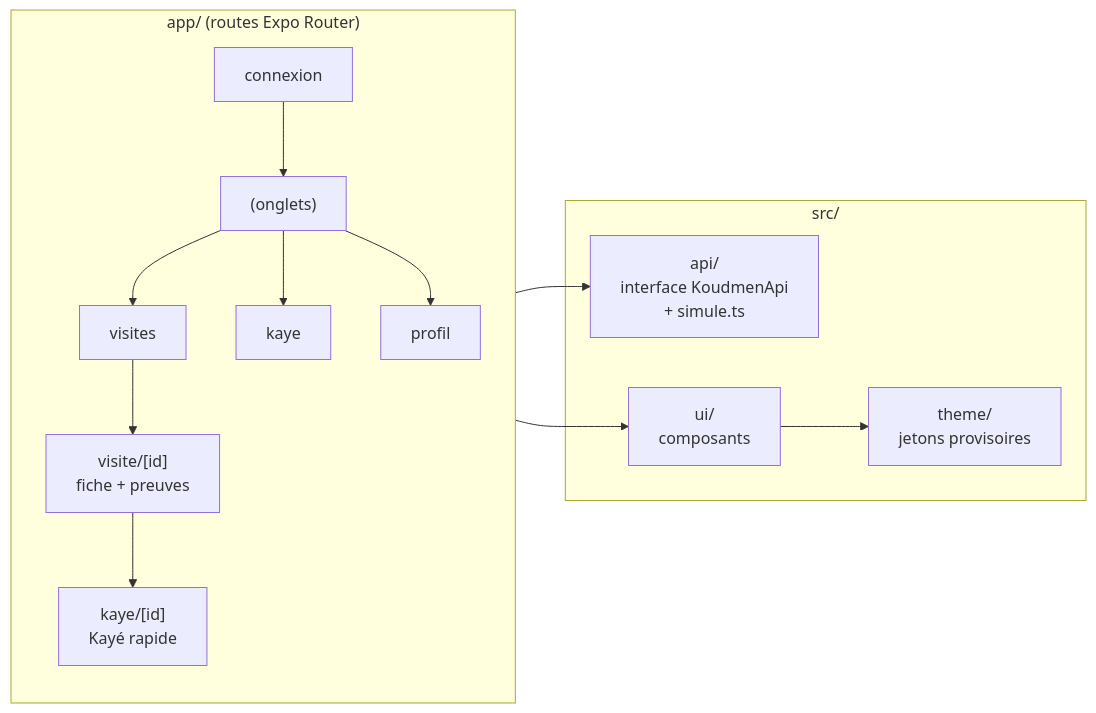
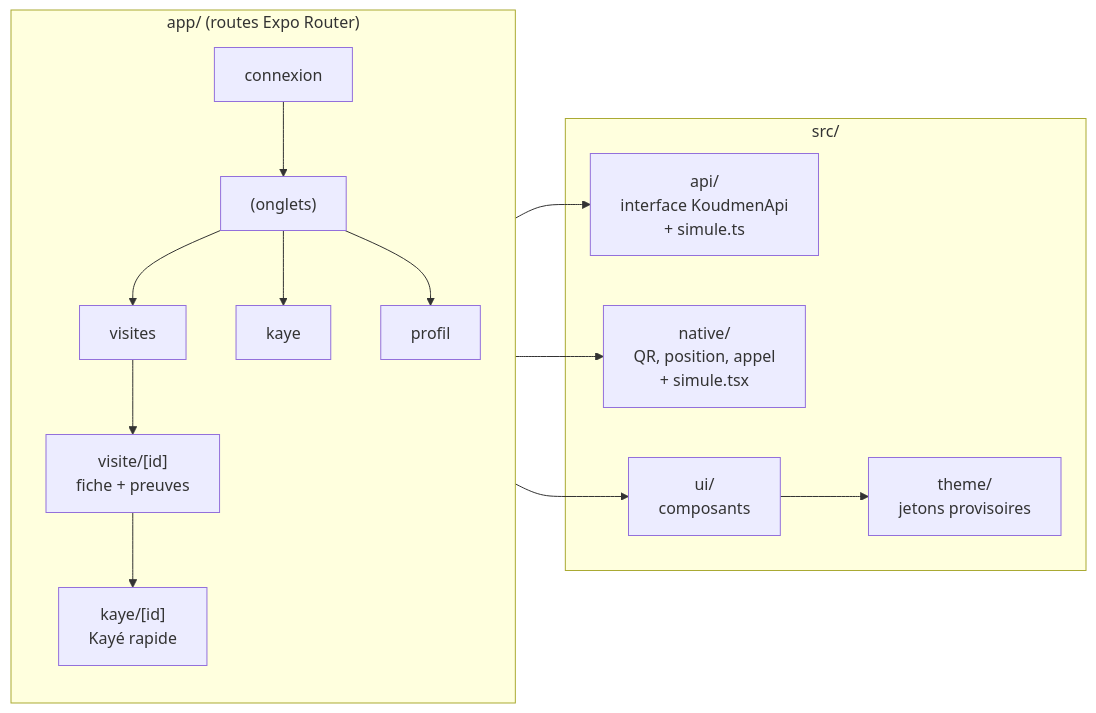
The third of 3 diagrams in mobile/README.md (abbo-benhamid/Jarvis), drawn with Mermaid before and after one commit. The commit also changed other lines of this file, not shown here.

First line of the commit message:
docs(mobile): M4 étape 4, README : QR, position, SOS et essai sur téléphone (Expo Go)

````diff
--- a/mobile/README.md
+++ b/mobile/README.md
@@ -79,16 +133,17 @@
 ```mermaid
 flowchart LR
   subgraph app["app/ (routes Expo Router)"]
     C[connexion] --> O["(onglets)"]
     O --> V[visites] & K[kaye] & P[profil]
     V --> F["visite/[id]<br/>fiche + preuves"]
     F --> KF["kaye/[id]<br/>Kayé rapide"]
   end
   subgraph src["src/"]
     API["api/<br/>interface KoudmenApi<br/>+ simule.ts"]
+    NAT["native/<br/>QR, position, appel<br/>+ simule.tsx"]
     TH["theme/<br/>jetons provisoires"]
     UI["ui/<br/>composants"]
   end
-  app --> API & UI
+  app --> API & UI & NAT
   UI --> TH
 ```
````
